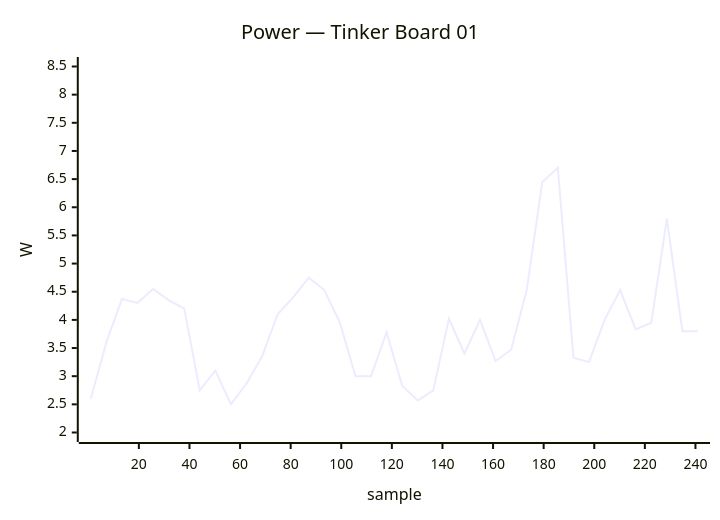
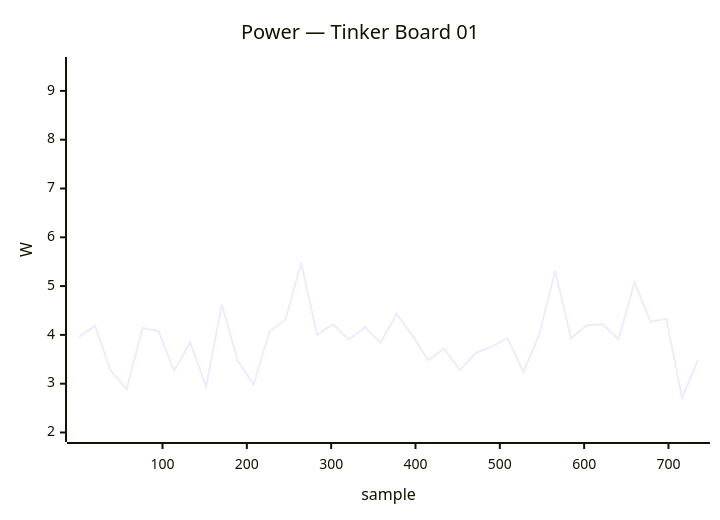
Before and after one commit to armbian/documentation: diagram 21 of 24 in docs/status/board-tests.md, drawn with Mermaid. The commit also changed other lines of this file, not shown here.

````diff
--- a/docs/status/board-tests.md
+++ b/docs/status/board-tests.md
@@ -1169,7 +1177,7 @@
     ```mermaid
     xychart-beta
         title "Power — Tinker Board 01"
-        x-axis "sample" 1 --> 241
-        y-axis "W" 2.0 --> 8.5
-        line [2.60, 3.60, 4.37, 4.30, 4.55, 4.35, 4.20, 2.75, 3.10, 2.50, 2.87, 3.35, 4.10, 4.40, 4.75, 4.53, 3.95, 3.00, 3.00, 3.78, 2.83, 2.57, 2.75, 4.02, 3.40, 4.00, 3.27, 3.47, 4.53, 6.45, 6.70, 3.33, 3.25, 4.00, 4.53, 3.83, 3.95, 5.80, 3.80, 3.80]
+        x-axis "sample" 1 --> 735
+        y-axis "W" 2.0 --> 9.5
+        line [3.96, 4.19, 3.27, 2.89, 4.14, 4.08, 3.26, 3.85, 2.94, 4.62, 3.47, 2.98, 4.07, 4.31, 5.47, 4.00, 4.22, 3.90, 4.16, 3.84, 4.43, 3.99, 3.48, 3.72, 3.28, 3.63, 3.76, 3.93, 3.24, 4.01, 5.31, 3.93, 4.20, 4.22, 3.91, 5.08, 4.27, 4.33, 2.71, 3.49]
     ```
````
